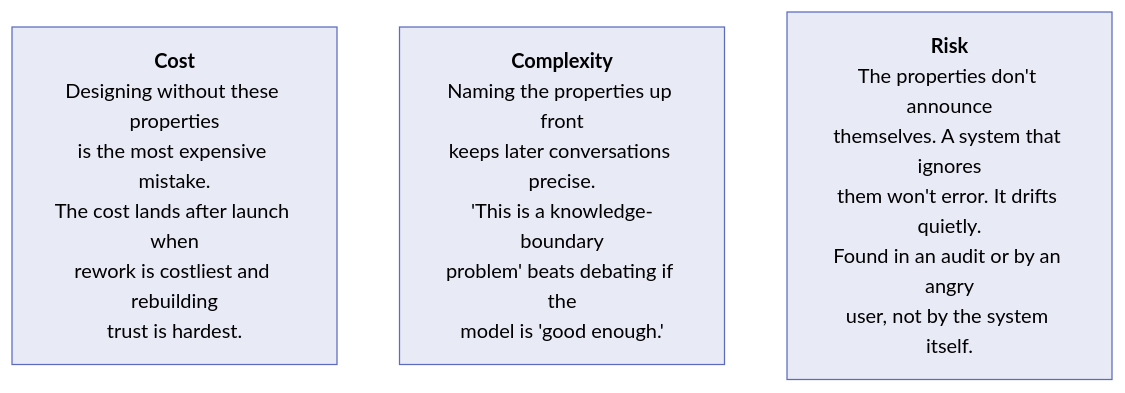
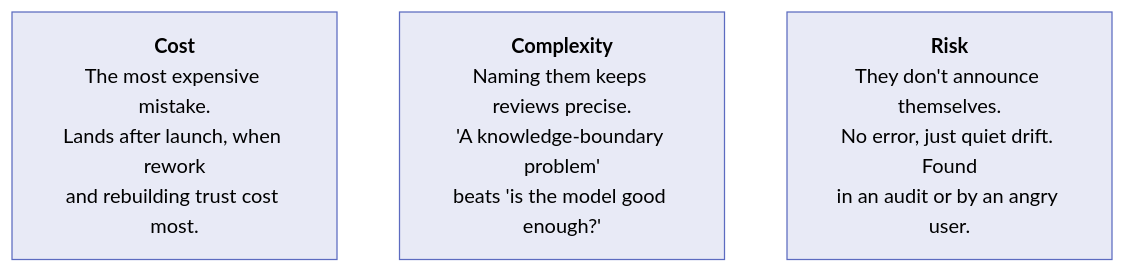
One commit to shreyabaid007/Claude-Certified-Architect changed the second of 3 diagrams in Professional/01-Claude-Platform-and-Solution-Design/01-How-Claude-Behaves.md. Above: the diagram before and after it, drawn with Mermaid. The commit also changed other lines of this file and 4 other files, not shown here.

````diff
--- a/Professional/01-Claude-Platform-and-Solution-Design/01-How-Claude-Behaves.md
+++ b/Professional/01-Claude-Platform-and-Solution-Design/01-How-Claude-Behaves.md
@@ -105,10 +122,10 @@
 ```mermaid
 flowchart LR
     classDef risk fill:#e8eaf6,stroke:#5c6bc0,color:#000
 
-    C["<b>Cost</b><br/>Designing without these properties<br/>is the most expensive mistake.<br/>The cost lands after launch when<br/>rework is costliest and rebuilding<br/>trust is hardest."]:::risk
-    X["<b>Complexity</b><br/>Naming the properties up front<br/>keeps later conversations precise.<br/>'This is a knowledge-boundary<br/>problem' beats debating if the<br/>model is 'good enough.'"]:::risk
-    R["<b>Risk</b><br/>The properties don't announce<br/>themselves. A system that ignores<br/>them won't error. It drifts quietly.<br/>Found in an audit or by an angry<br/>user, not by the system itself."]:::risk
+    C["<b>Cost</b><br/>The most expensive mistake.<br/>Lands after launch, when rework<br/>and rebuilding trust cost most."]:::risk
+    X["<b>Complexity</b><br/>Naming them keeps reviews precise.<br/>'A knowledge-boundary problem'<br/>beats 'is the model good enough?'"]:::risk
+    R["<b>Risk</b><br/>They don't announce themselves.<br/>No error, just quiet drift. Found<br/>in an audit or by an angry user."]:::risk
 
     C ~~~ X ~~~ R
 ```
````
